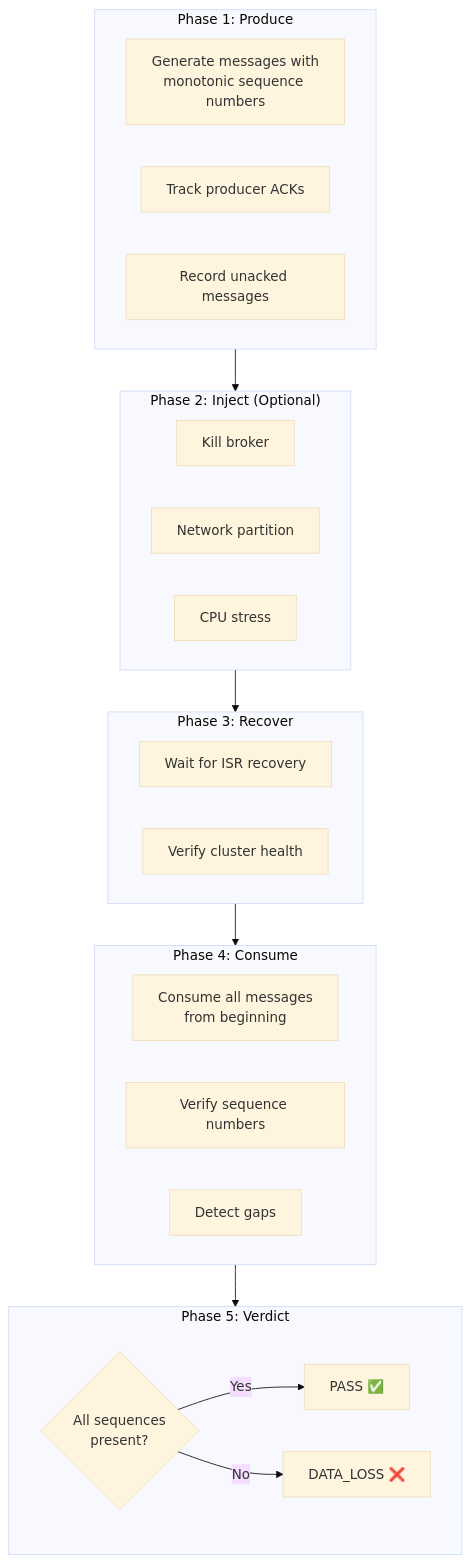
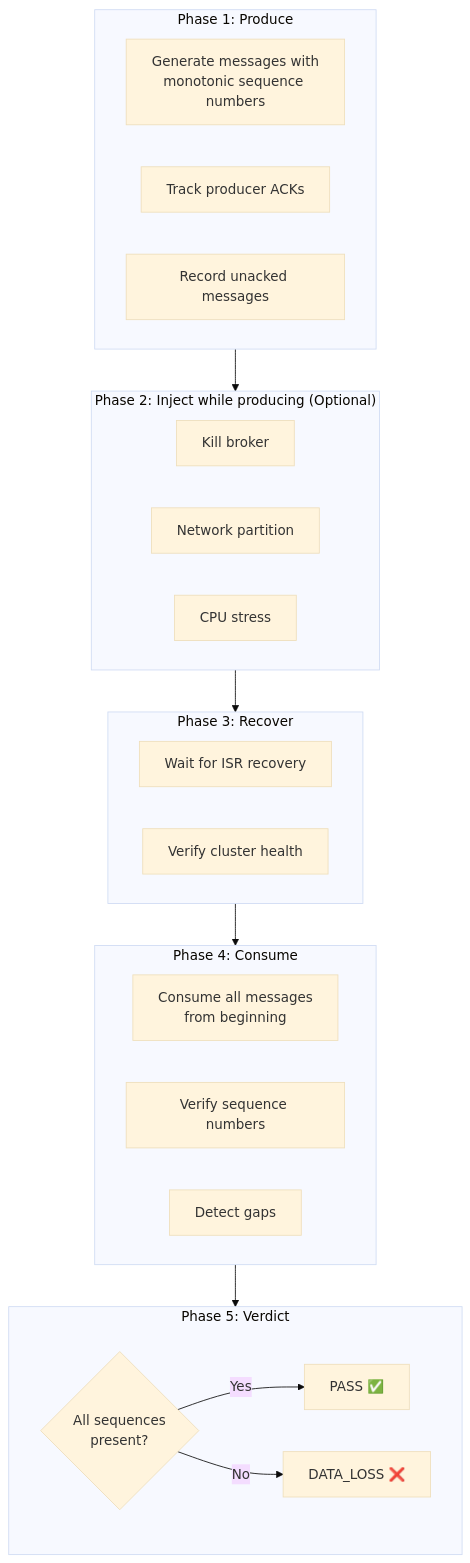
The first of 3 diagrams in docs/book/08-data-integrity.md (actions-marketplace-validations/bmscomp_kates), drawn with Mermaid (base theme) before and after one commit. The commit also changed other lines of this file and 5 other files, not shown here.

````diff
--- a/docs/book/08-data-integrity.md
+++ b/docs/book/08-data-integrity.md
@@ -25,38 +25,38 @@
 ```mermaid
 graph TB
     subgraph Produce["Phase 1: Produce"]
         P1[Generate messages with<br/>monotonic sequence numbers]
         P2[Track producer ACKs]
         P3[Record unacked messages]
     end
     
-    subgraph Inject["Phase 2: Inject (Optional)"]
+    subgraph Inject["Phase 2: Inject while producing (Optional)"]
         I1[Kill broker]
         I2[Network partition]
         I3[CPU stress]
     end
     
     subgraph Recover["Phase 3: Recover"]
         R1[Wait for ISR recovery]
         R2[Verify cluster health]
     end
     
     subgraph Consume["Phase 4: Consume"]
         C1[Consume all messages<br/>from beginning]
         C2[Verify sequence numbers]
         C3[Detect gaps]
     end
     
     subgraph Verdict["Phase 5: Verdict"]
         V1{All sequences<br/>present?}
         PASS[PASS ✅]
         FAIL[DATA_LOSS ❌]
     end
     
     Produce --> Inject
     Inject --> Recover
     Recover --> Consume
     Consume --> Verdict
     V1 -->|Yes| PASS
     V1 -->|No| FAIL
 ```
````
